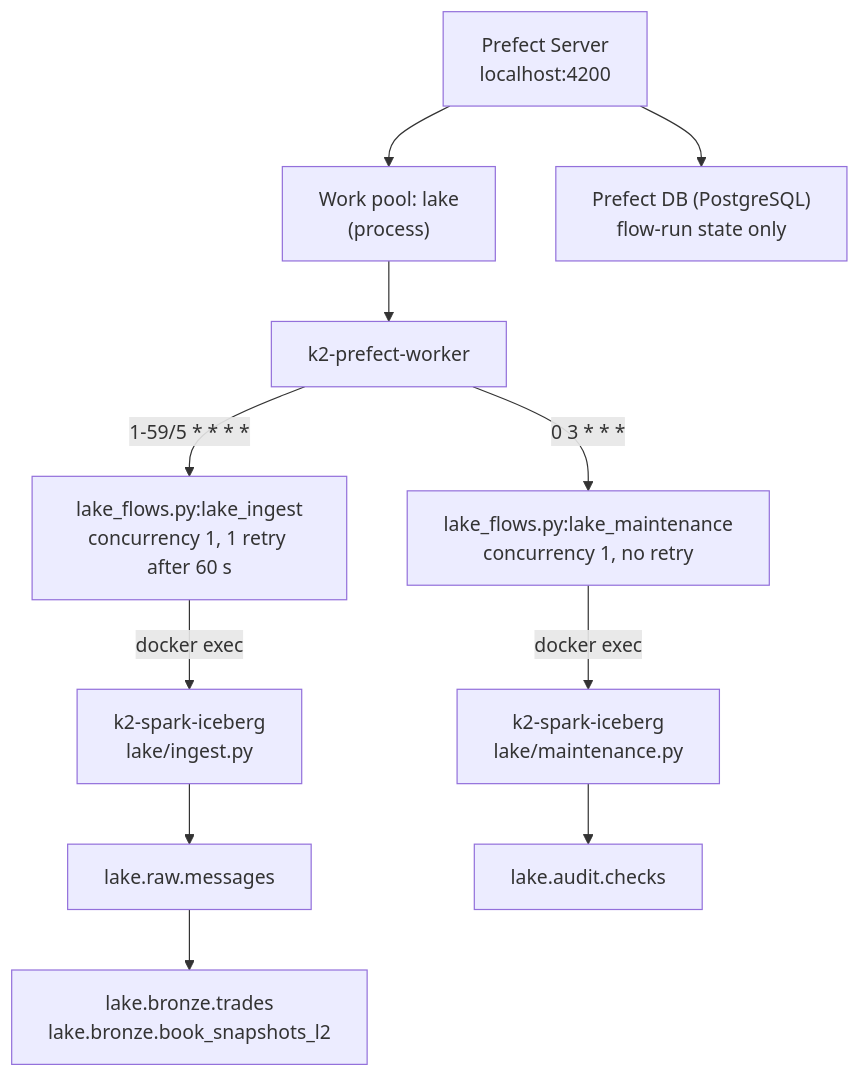
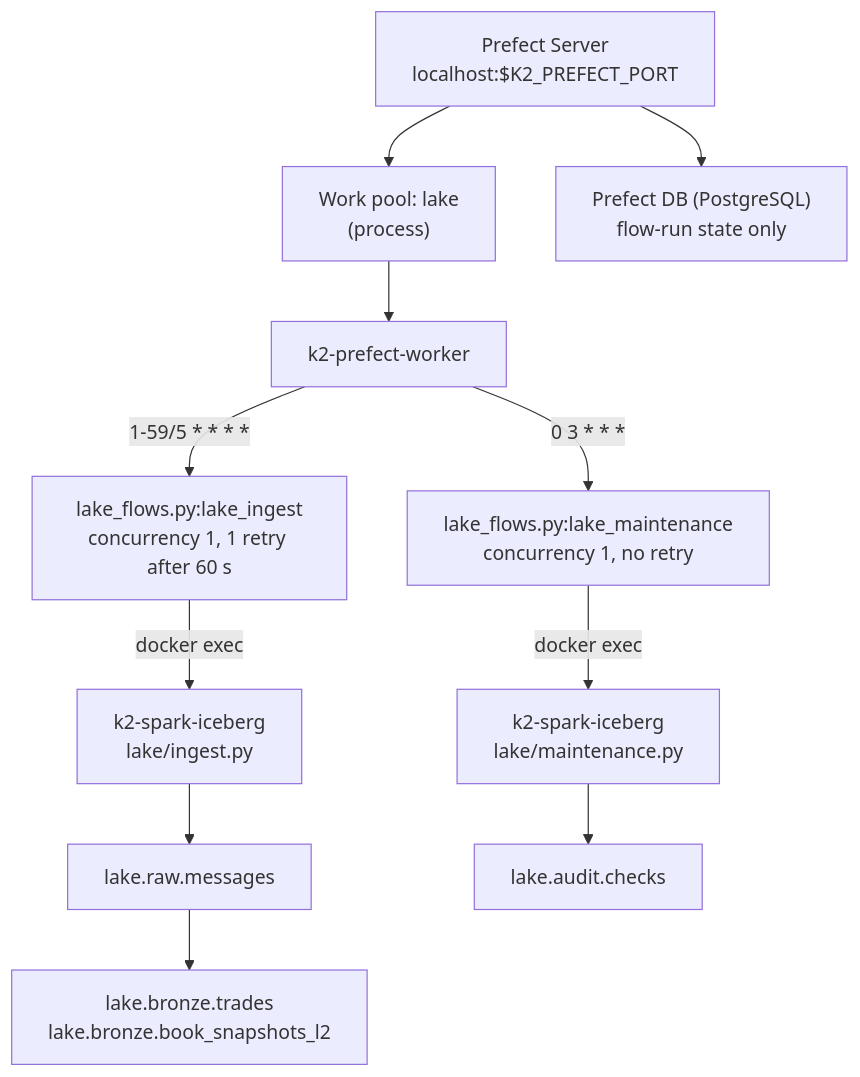
Before and after one commit to rjdscott/k2-market-data-platform: the diagram in docs/operations/prefect-schedules.md, drawn with Mermaid. The commit also changed other lines of this file and 11 other files, not shown here.

````diff
--- a/docs/operations/prefect-schedules.md
+++ b/docs/operations/prefect-schedules.md
@@ -34,13 +34,13 @@
 ```mermaid
 flowchart TD
-  S["Prefect Server<br/>localhost:4200"] --> P["Work pool: lake<br/>(process)"]
+  S["Prefect Server<br/>localhost:$K2_PREFECT_PORT"] --> P["Work pool: lake<br/>(process)"]
   P --> W["k2-prefect-worker"]
   W -->|"1-59/5 * * * *"| I["lake_flows.py:lake_ingest<br/>concurrency 1, 1 retry after 60 s"]
   W -->|"0 3 * * *"| M["lake_flows.py:lake_maintenance<br/>concurrency 1, no retry"]
   I -->|docker exec| IG["k2-spark-iceberg<br/>lake/ingest.py"]
   M -->|docker exec| MT["k2-spark-iceberg<br/>lake/maintenance.py"]
   IG --> RAW["lake.raw.messages"]
   RAW --> BR["lake.bronze.trades<br/>lake.bronze.book_snapshots_l2"]
   MT --> AC["lake.audit.checks"]
   S --> DB["Prefect DB (PostgreSQL)<br/>flow-run state only"]
 ```
````
